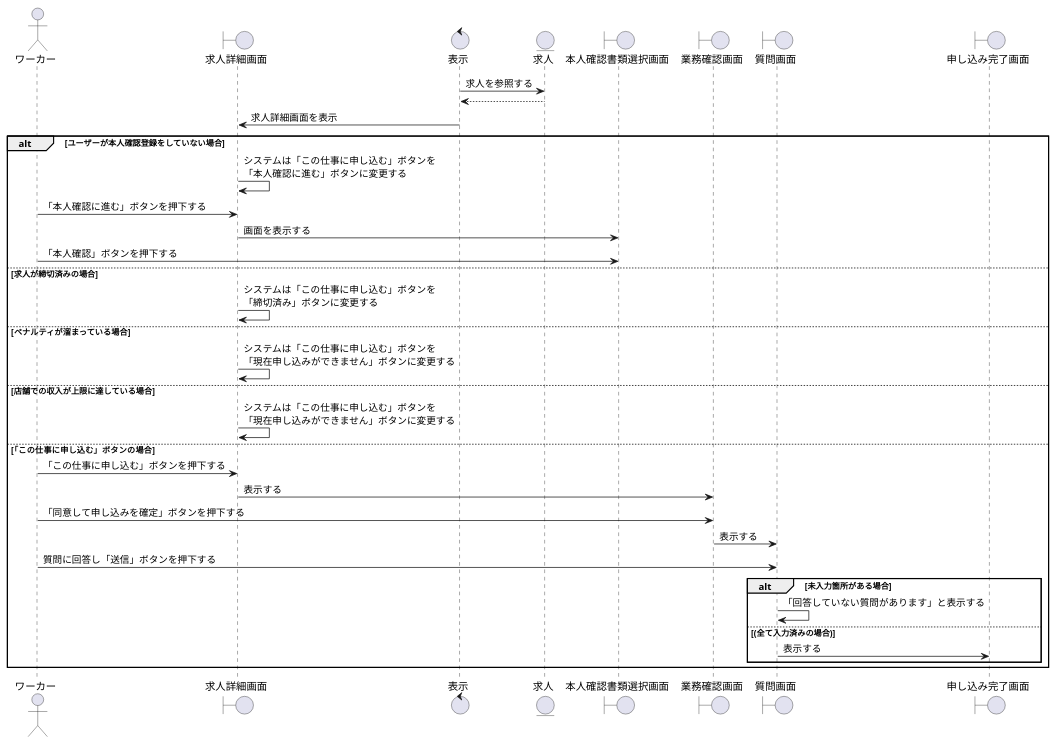
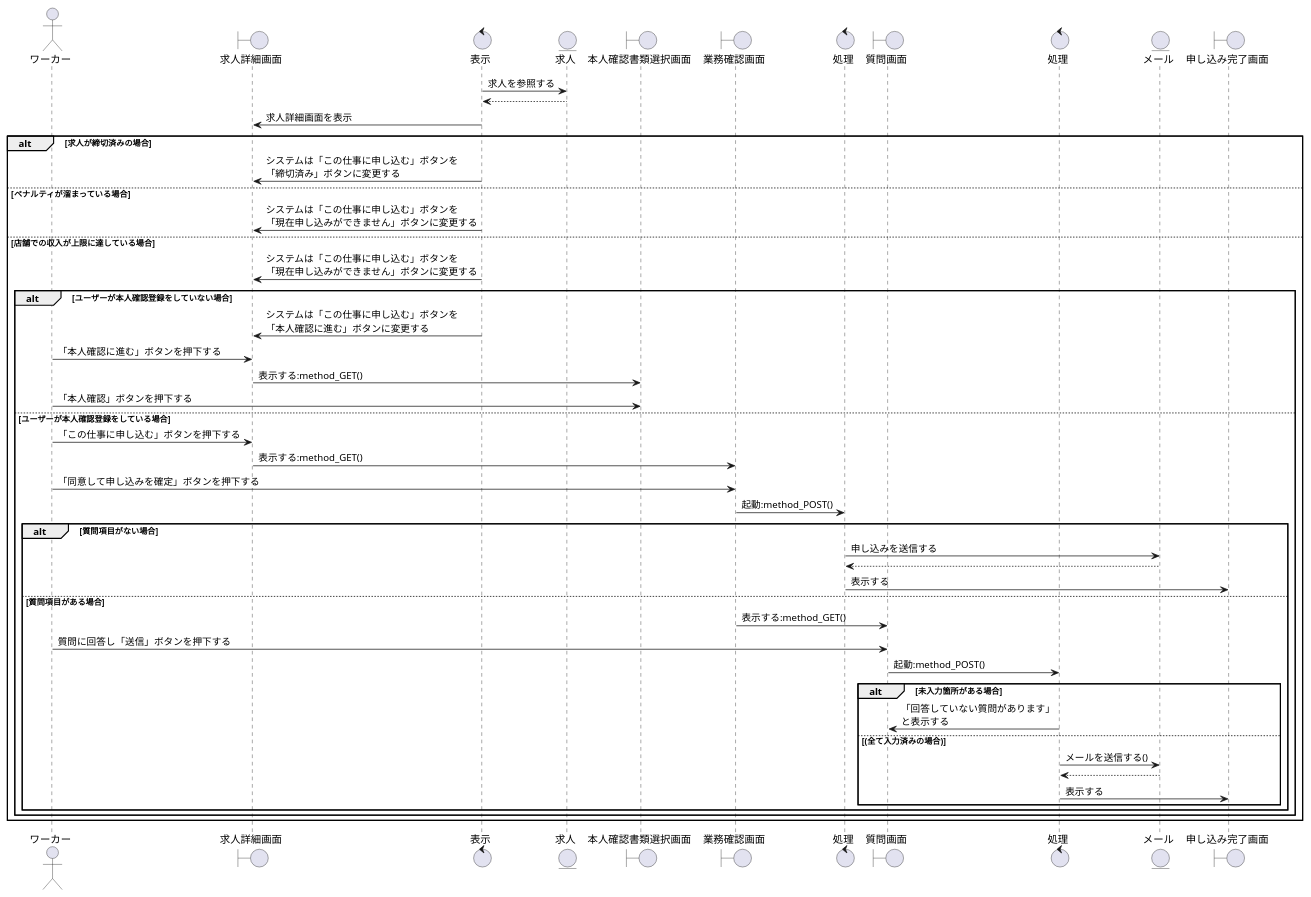
Before and after one commit to irukacb256/high_Me: the diagram in sequence_fig/2_search_fn/05_応募の申し込みをする.pu, drawn with PlantUML. The commit also changed 2 other files, not shown here.

```diff
--- a/sequence_fig/2_search_fn/05_応募の申し込みをする.pu
+++ b/sequence_fig/2_search_fn/05_応募の申し込みをする.pu
@@ -1,49 +1,66 @@
 @startuml 応募の申し込みをする
 
 ' 1
 actor ワーカー as wo1
 boundary 求人詳細画面 as jd1
 control 表示 as co1
 entity 求人 as en1
 boundary 本人確認書類選択画面 as iv1
 boundary 業務確認画面 as bc1
+control 処理 as co2
 boundary 質問画面 as qu1
+control 処理 as co3
+
+entity メール as ml1
+
 boundary 申し込み完了画面 as ac1
 
 ' 2
 co1 -> en1 : 求人を参照する
 en1 --> co1 
 
 co1 -> jd1 : 求人詳細画面を表示
 
-alt ユーザーが本人確認登録をしていない場合
-    jd1 -> jd1 : システムは「この仕事に申し込む」ボタンを\n「本人確認に進む」ボタンに変更する
-    wo1 -> jd1 : 「本人確認に進む」ボタンを押下する
-    jd1 -> iv1 : 画面を表示する
-    wo1 -> iv1 : 「本人確認」ボタンを押下する
+alt 求人が締切済みの場合
+        co1 -> jd1 : システムは「この仕事に申し込む」ボタンを\n「締切済み」ボタンに変更する
 
-else 求人が締切済みの場合
-    jd1 -> jd1 : システムは「この仕事に申し込む」ボタンを\n「締切済み」ボタンに変更する
+    else ペナルティが溜まっている場合
+        co1 -> jd1 : システムは「この仕事に申し込む」ボタンを\n「現在申し込みができません」ボタンに変更する
 
-else ペナルティが溜まっている場合
-    jd1 -> jd1 : システムは「この仕事に申し込む」ボタンを\n「現在申し込みができません」ボタンに変更する
+    else 店舗での収入が上限に達している場合
+        co1 -> jd1 : システムは「この仕事に申し込む」ボタンを\n「現在申し込みができません」ボタンに変更する
 
-else 店舗での収入が上限に達している場合
-    jd1 -> jd1 : システムは「この仕事に申し込む」ボタンを\n「現在申し込みができません」ボタンに変更する
+    alt ユーザーが本人確認登録をしていない場合
+        co1 -> jd1 : システムは「この仕事に申し込む」ボタンを\n「本人確認に進む」ボタンに変更する
+        wo1 -> jd1 : 「本人確認に進む」ボタンを押下する
+        jd1 -> iv1 : 表示する:method_GET()
+        wo1 -> iv1 : 「本人確認」ボタンを押下する
 
-else 「この仕事に申し込む」ボタンの場合
-    wo1 -> jd1 : 「この仕事に申し込む」ボタンを押下する
-    jd1 -> bc1 : 表示する
-    wo1 -> bc1 : 「同意して申し込みを確定」ボタンを押下する
-    bc1 -> qu1 : 表示する
-    wo1 -> qu1 : 質問に回答し「送信」ボタンを押下する
+    else ユーザーが本人確認登録をしている場合
+        wo1 -> jd1 : 「この仕事に申し込む」ボタンを押下する
+        jd1 -> bc1 : 表示する:method_GET()
+        wo1 -> bc1 : 「同意して申し込みを確定」ボタンを押下する
+        bc1 -> co2 : 起動:method_POST()
 
-    alt 未入力箇所がある場合
-        qu1 -> qu1 : 「回答していない質問があります」と表示する
-    else (全て入力済みの場合)
-        qu1 -> ac1 : 表示する
+        alt 質問項目がない場合
+            co2 -> ml1 : 申し込みを送信する
+            co2 <-- ml1
+            co2 -> ac1 : 表示する
+        
+        else 質問項目がある場合
+            bc1 -> qu1 : 表示する:method_GET()
+            wo1 -> qu1 : 質問に回答し「送信」ボタンを押下する
+            qu1 -> co3 : 起動:method_POST()
+
+            alt 未入力箇所がある場合
+                co3 -> qu1 : 「回答していない質問があります」\nと表示する
+            else (全て入力済みの場合)
+                co3 -> ml1 : メールを送信する()
+                co3 <-- ml1
+                co3 -> ac1 : 表示する
+            end
+        end
     end
-
 end
 
 @enduml
```
